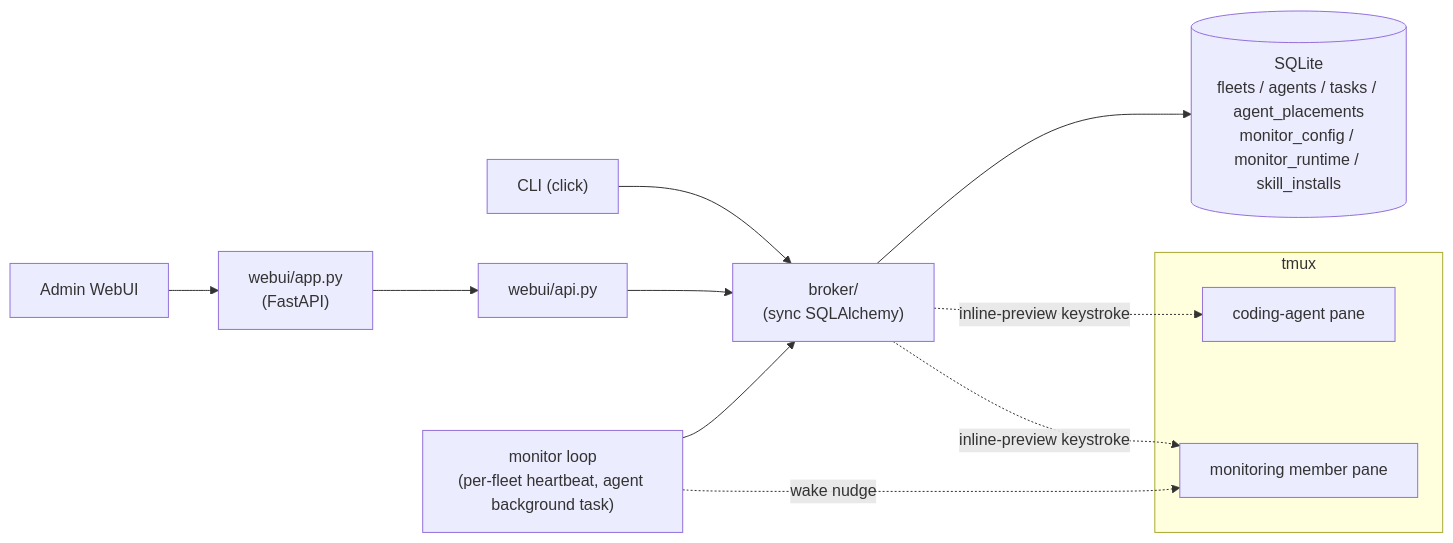
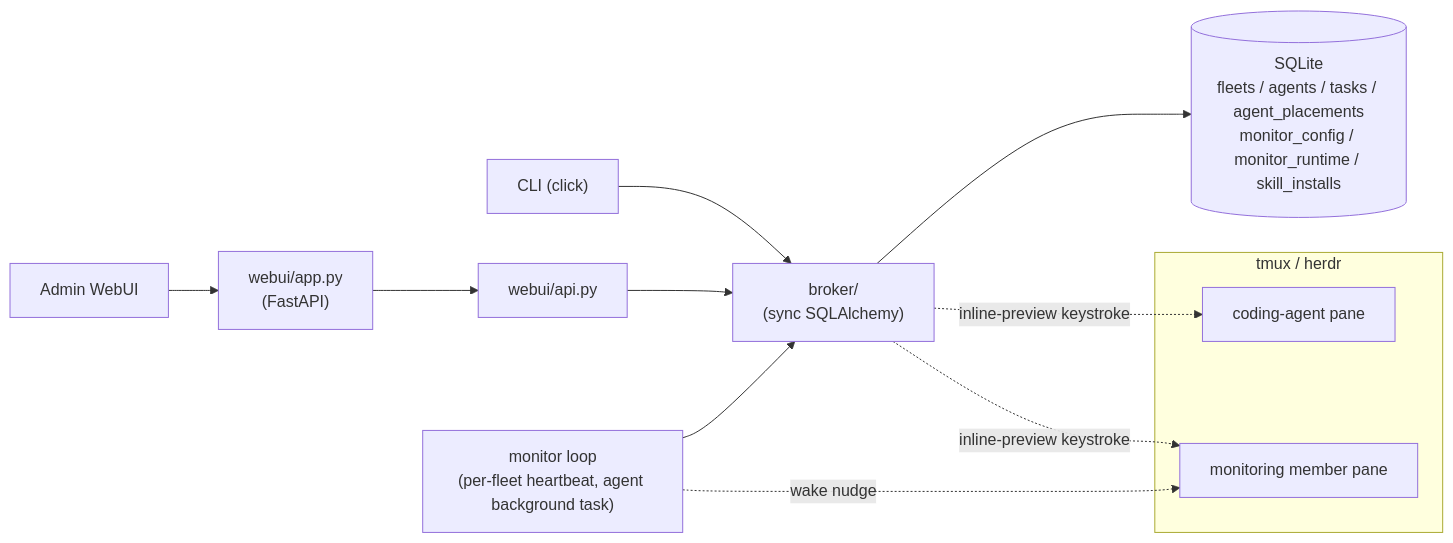
Before and after one commit to himkt/cafleet: the diagram in docs/concepts/overview.md, drawn with Mermaid. The commit also changed other lines of this file and 4 other files, not shown here.

Commit message:
feat: move README-only content into docs (capability list, prerequisites, tmux-or-herdr, tech stack)

````diff
--- a/docs/concepts/overview.md
+++ b/docs/concepts/overview.md
@@ -32,17 +32,17 @@
 ```mermaid
 %%{init: {'theme': 'default', 'themeVariables': {'fontSize': '16px'}}}%%
 flowchart LR
     CLI["CLI (click)"] --> Broker["broker/<br/>(sync SQLAlchemy)"]
     WebUI["Admin WebUI"] --> Server["webui/app.py<br/>(FastAPI)"]
     Server --> WebUIAPI["webui/api.py"]
     WebUIAPI --> Broker
     Monitor["monitor loop<br/>(per-fleet heartbeat, agent background task)"] --> Broker
     Broker --> DB[(SQLite<br/>fleets / agents / tasks / agent_placements<br/>monitor_config / monitor_runtime / skill_installs)]
-    subgraph Multiplexer["tmux"]
+    subgraph Multiplexer["tmux / herdr"]
         PaneA["coding-agent pane"]
         PaneB["monitoring member pane"]
     end
     Broker -. inline-preview keystroke .-> PaneA
     Broker -. inline-preview keystroke .-> PaneB
     Monitor -. wake nudge .-> PaneB
 ```
````
